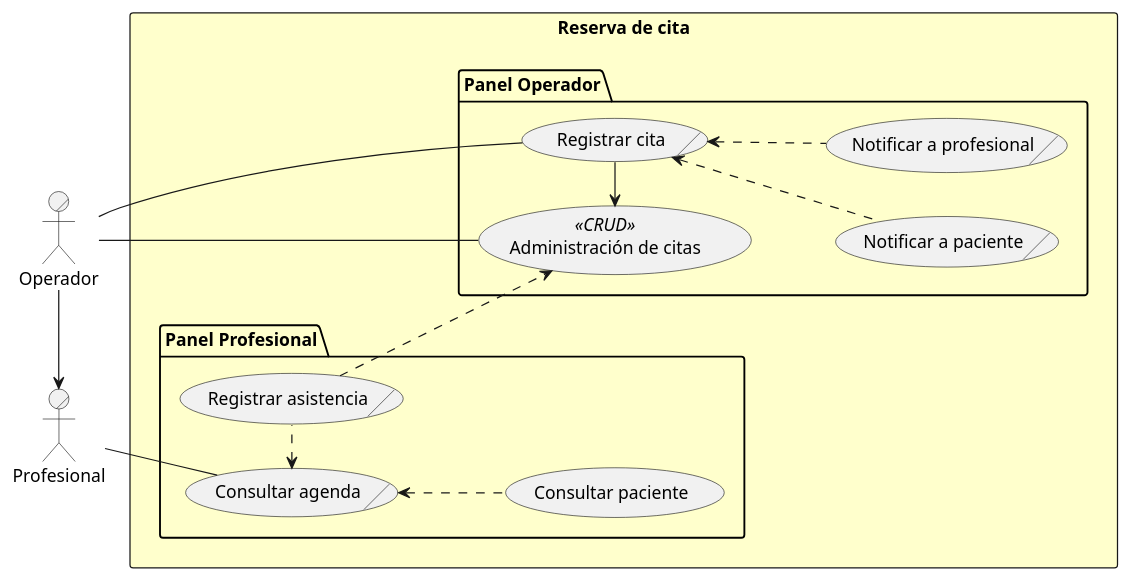
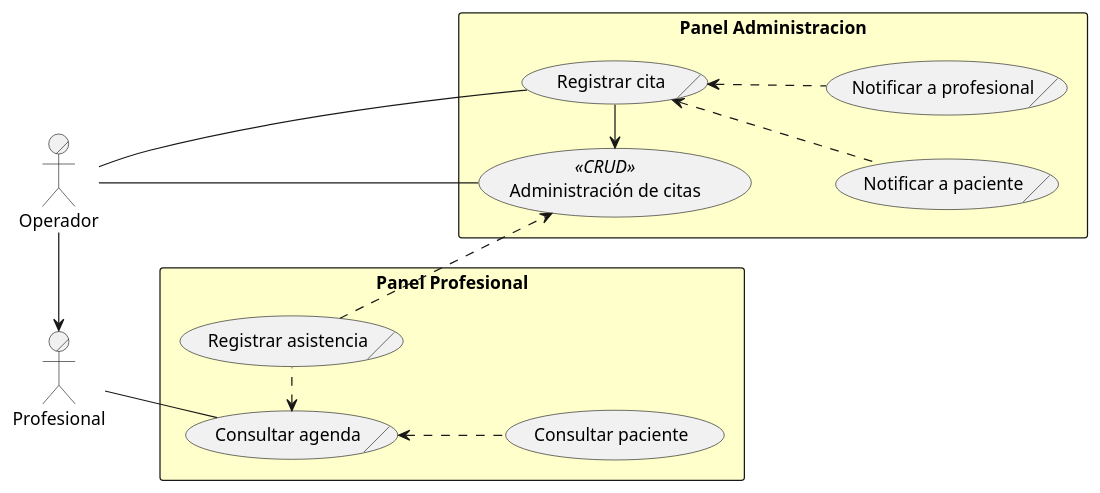
Before and after one commit to capsi-ucp/capsi-ucp.github.io: the diagram in ROOT/modules/proyecto/puml/citas-business-usecase.puml, drawn with PlantUML.

Commit message:
Caso de uso de lógica de negocio para la reserva de citas

```diff
--- a/ROOT/modules/proyecto/puml/citas-business-usecase.puml
+++ b/ROOT/modules/proyecto/puml/citas-business-usecase.puml
@@ -1,29 +1,27 @@
 @startuml
 left to right direction
 actor/ Operador
 actor/ Profesional
 
-rectangle "Reserva de cita" #BUSINESS {
-  package "Panel Operador" {
+rectangle "Panel Administracion" #BUSINESS {
     usecase "Administración de citas" as AdminCitas << CRUD >>
     usecase/ "Registrar cita" as Citar
     usecase/ "Notificar a paciente" as NotificarPaciente
     usecase/ "Notificar a profesional" as NotificarProfesional
-  }
-  package "Panel Profesional" {
+}
+rectangle "Panel Profesional" #BUSINESS {
     usecase/ "Consultar agenda" as Agenda
     usecase "Consultar paciente" as ConsultarPaciente
     usecase/ "Registrar asistencia" as Asistencia
-  }
 }
 Operador -- AdminCitas
 Operador -- Citar
 Profesional -- Agenda
 Operador -> Profesional
 Citar -> AdminCitas
 Citar <.. NotificarPaciente
 Citar <.. NotificarProfesional
 Agenda <.. ConsultarPaciente
 Agenda <. Asistencia
 Asistencia -.> AdminCitas
 @enduml
```
